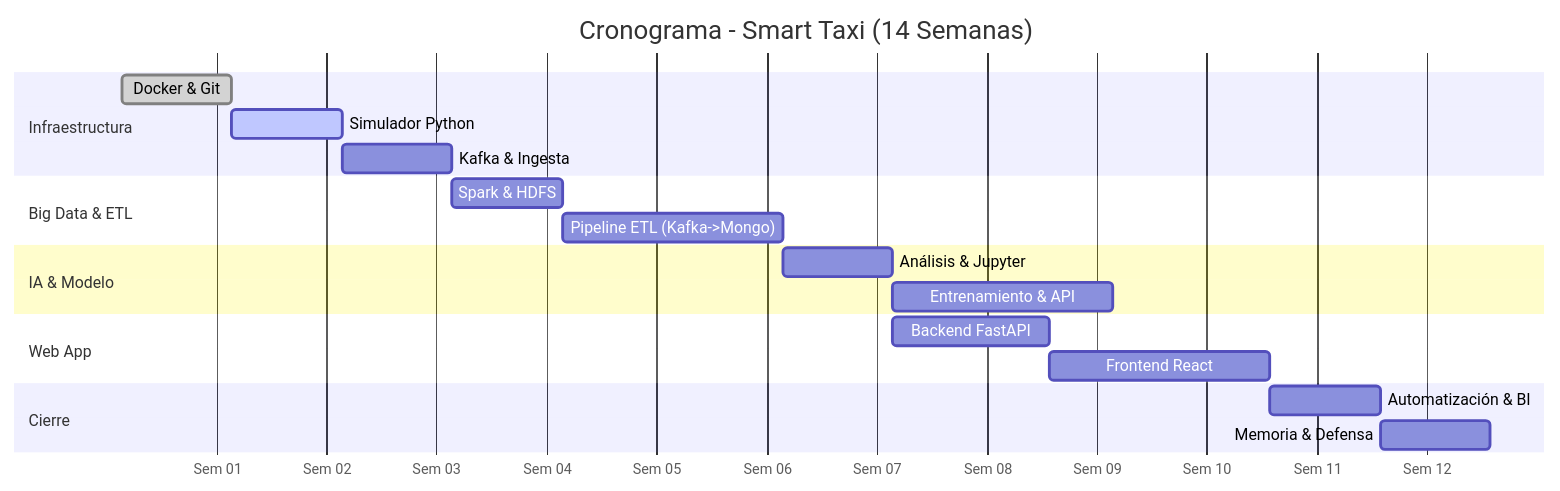
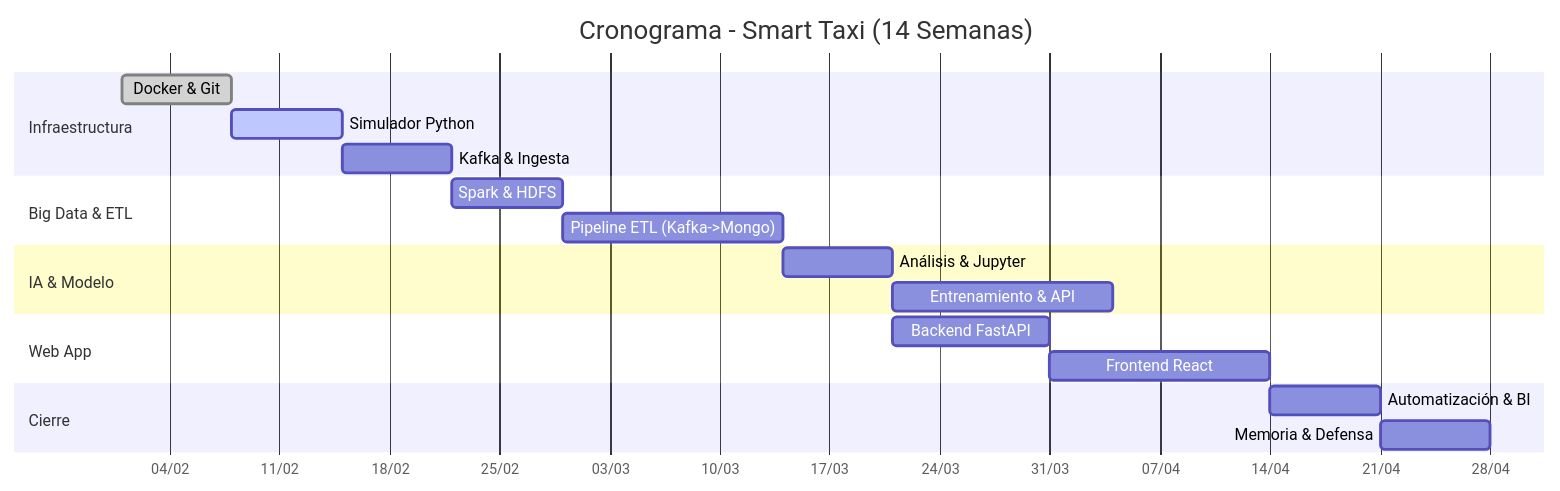
The second of 2 diagrams in README.md (Ismaeltg05/DIET-IA), drawn with Mermaid before and after one commit.

Commit message:
Update project timeline in README.md

````diff
--- a/README.md
+++ b/README.md
@@ -191,28 +191,28 @@
 ```mermaid
+%%{init: {'themeVariables': { 'taskTextDoneColor': '#000000' }}}%%
 gantt
     title Cronograma - Smart Taxi (14 Semanas)
     dateFormat  YYYY-MM-DD
-    axisFormat  Sem %W
+    axisFormat  %d/%m
     
     section Infraestructura
-    Docker & Git                     :done,    d1, 2024-01-01, 7d
+    Docker & Git                     :done,    d1, 2024-02-01, 7d
     Simulador Python                 :active,  d2, after d1, 7d
     Kafka & Ingesta                  :         d3, after d2, 7d
-    
-    %% ... resto del código igual ...
+
     section Big Data & ETL
     Spark & HDFS                     :         d4, after d3, 7d
     Pipeline ETL (Kafka->Mongo)      :         d5, after d4, 14d
 
     section IA & Modelo
     Análisis & Jupyter               :         d6, after d5, 7d
     Entrenamiento & API              :         d7, after d6, 14d
 
     section Web App
     Backend FastAPI                  :         d8, after d6, 10d
     Frontend React                   :         d9, after d8, 14d
 
     section Cierre
     Automatización & BI              :         d10, after d9, 7d
     Memoria & Defensa                :         d11, after d10, 7d
 ```
````
